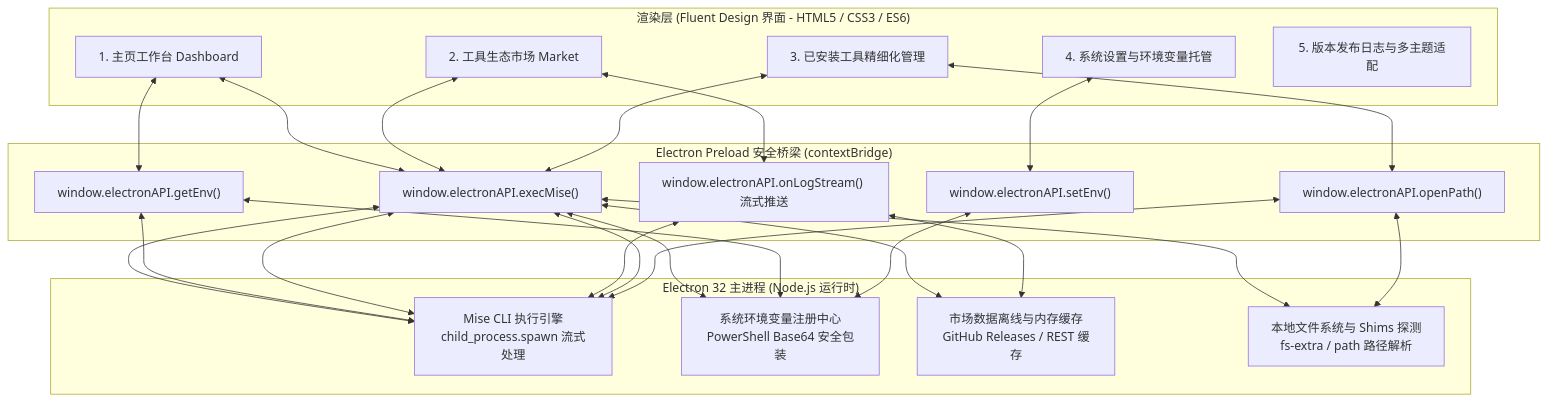
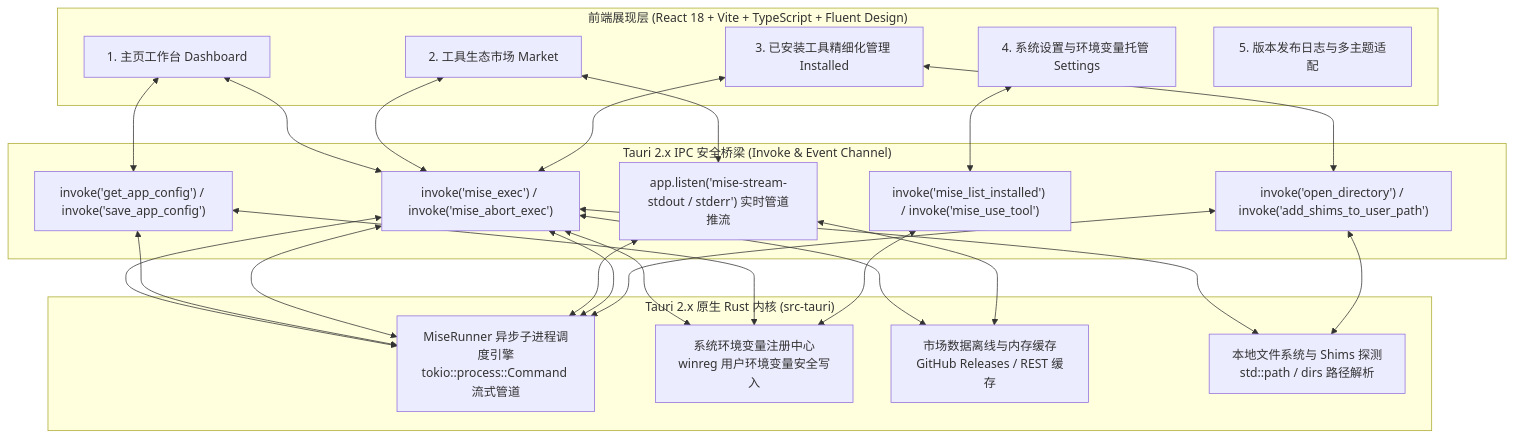
The diagram in doc/架构设计与实施方案.md (kikock/mise-manager), drawn with Mermaid before and after one commit. The commit also changed other lines of this file and 19 other files, not shown here.

````diff
--- a/doc/架构设计与实施方案.md
+++ b/doc/架构设计与实施方案.md
@@ -16,30 +16,30 @@
 ```mermaid
 graph TD
-    subgraph UI_Layer["渲染层 (Fluent Design 界面 - HTML5 / CSS3 / ES6)"]
+    subgraph UI_Layer["前端展现层 (React 18 + Vite + TypeScript + Fluent Design)"]
         A1[1. 主页工作台 Dashboard]
         A2[2. 工具生态市场 Market]
-        A3[3. 已安装工具精细化管理]
-        A4[4. 系统设置与环境变量托管]
+        A3[3. 已安装工具精细化管理 Installed]
+        A4[4. 系统设置与环境变量托管 Settings]
         A5[5. 版本发布日志与多主题适配]
     end
 
-    subgraph IPC_Bridge["Electron Preload 安全桥梁 (contextBridge)"]
-        B1["window.electronAPI.execMise()"]
-        B2["window.electronAPI.getEnv()"]
-        B3["window.electronAPI.setEnv()"]
-        B4["window.electronAPI.openPath()"]
-        B5["window.electronAPI.onLogStream() 流式推送"]
+    subgraph Tauri_Bridge["Tauri 2.x IPC 安全桥梁 (Invoke & Event Channel)"]
+        B1["invoke('mise_exec') / invoke('mise_abort_exec')"]
+        B2["invoke('get_app_config') / invoke('save_app_config')"]
+        B3["invoke('mise_list_installed') / invoke('mise_use_tool')"]
+        B4["invoke('open_directory') / invoke('add_shims_to_user_path')"]
+        B5["app.listen('mise-stream-stdout / stderr') 实时管道推流"]
     end
 
-    subgraph Main_Process["Electron 32 主进程 (Node.js 运行时)"]
-        C1[Mise CLI 执行引擎<br/>child_process.spawn 流式处理]
-        C2[系统环境变量注册中心<br/>PowerShell Base64 安全包装]
+    subgraph Rust_Core["Tauri 2.x 原生 Rust 内核 (src-tauri)"]
+        C1[MiseRunner 异步子进程调度引擎<br/>tokio::process::Command 流式管道]
+        C2[系统环境变量注册中心<br/>winreg 用户环境变量安全写入]
         C3[市场数据离线与内存缓存<br/>GitHub Releases / REST 缓存]
-        C4[本地文件系统与 Shims 探测<br/>fs-extra / path 路径解析]
+        C4[本地文件系统与 Shims 探测<br/>std::path / dirs 路径解析]
     end
 
     A1 <--> B1 & B2 <--> C1 & C2
     A2 <--> B1 & B5 <--> C1 & C3
     A3 <--> B1 & B4 <--> C1 & C4
     A4 <--> B3 <--> C2
 ```
````
